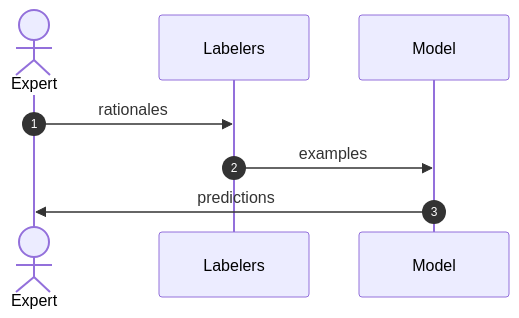
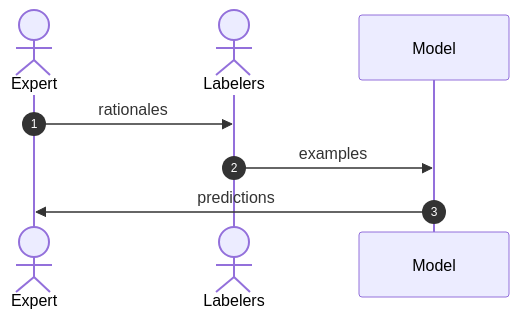
The first of 4 diagrams in tune_llms/README.md (borisdev/research), drawn with Mermaid before and after one commit.

````diff
--- a/tune_llms/README.md
+++ b/tune_llms/README.md
@@ -29,10 +29,10 @@
 ```mermaid
 sequenceDiagram
     autonumber
     actor E as Expert
-    participant L as Labelers
+    actor L as Labelers
     participant M as Model
     E->>L: rationales
     L->>M: examples
     M->>E: predictions
 ```
````
